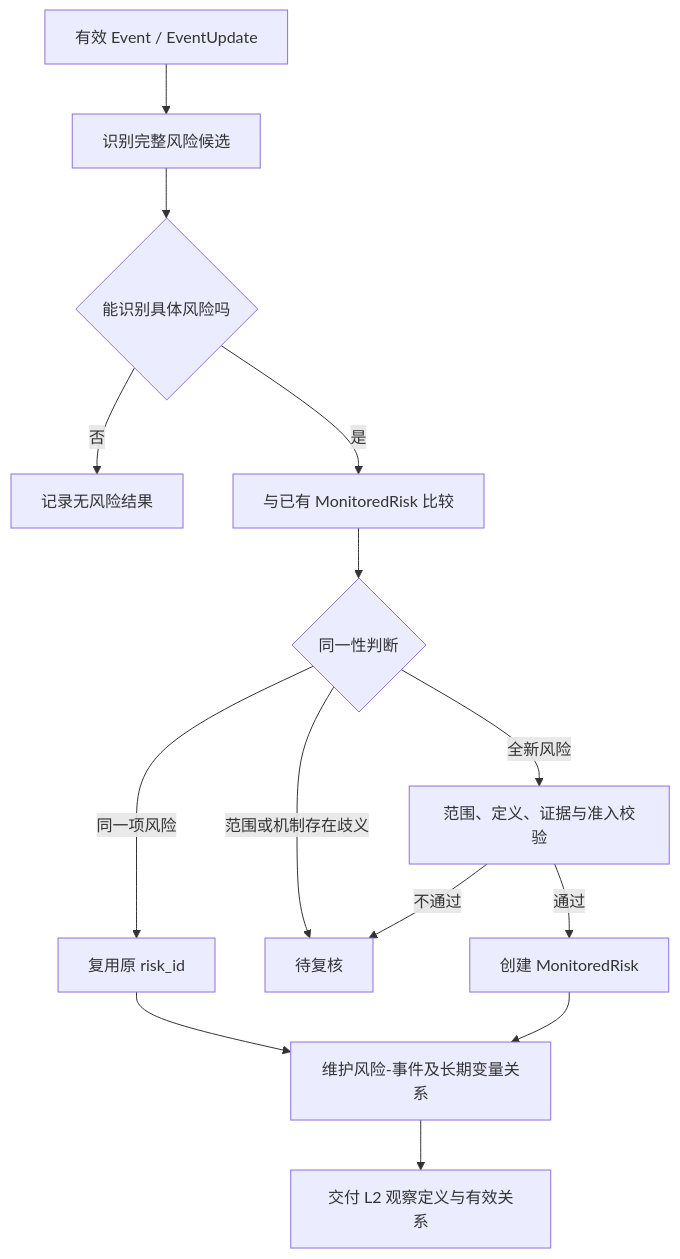
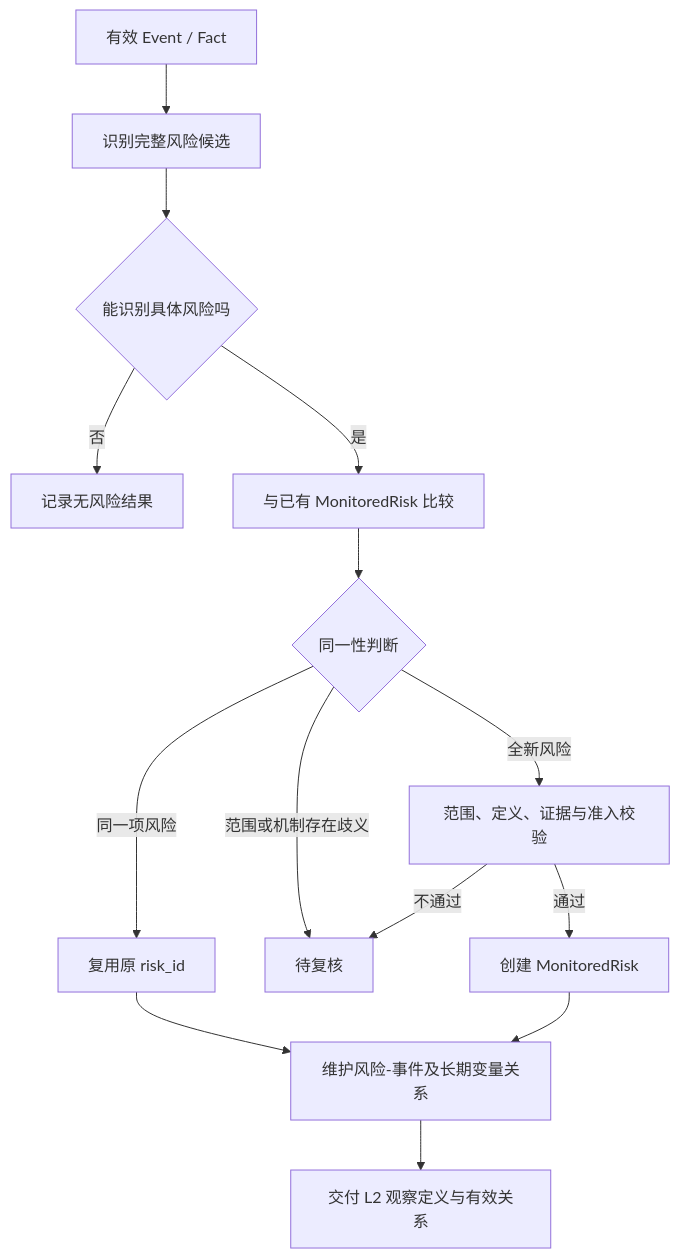
One commit to caojingwen1996/obsidian_kb changed the eighth of 18 diagrams in tools/RiskHot/docs/system-design/03-系统功能架构/系统功能架构总览.md. Above: the diagram before and after it, drawn with Mermaid. The commit also changed other lines of this file and 278 other files, not shown here.

````diff
--- a/tools/RiskHot/docs/system-design/03-系统功能架构/系统功能架构总览.md
+++ b/tools/RiskHot/docs/system-design/03-系统功能架构/系统功能架构总览.md
@@ -722,16 +724,16 @@
 ```mermaid
 flowchart TD
-    EVENT[有效 Event / EventUpdate] --> CAND[识别完整风险候选]
+    EVENT[有效 Event / Fact] --> CAND[识别完整风险候选]
     CAND --> HAS{能识别具体风险吗}
     HAS -->|否| NONE[记录无风险结果]
     HAS -->|是| COMP[与已有 MonitoredRisk 比较]
     COMP --> DEC{同一性判断}
     DEC -->|同一项风险| REUSE[复用原 risk_id]
     DEC -->|全新风险| ELIG[范围、定义、证据与准入校验]
     DEC -->|范围或机制存在歧义| HOLD[待复核]
     ELIG -->|通过| CREATE[创建 MonitoredRisk]
     ELIG -->|不通过| HOLD
     REUSE --> REL[维护风险-事件及长期变量关系]
     CREATE --> REL
     REL --> READY[交付 L2 观察定义与有效关系]
 ```
````
